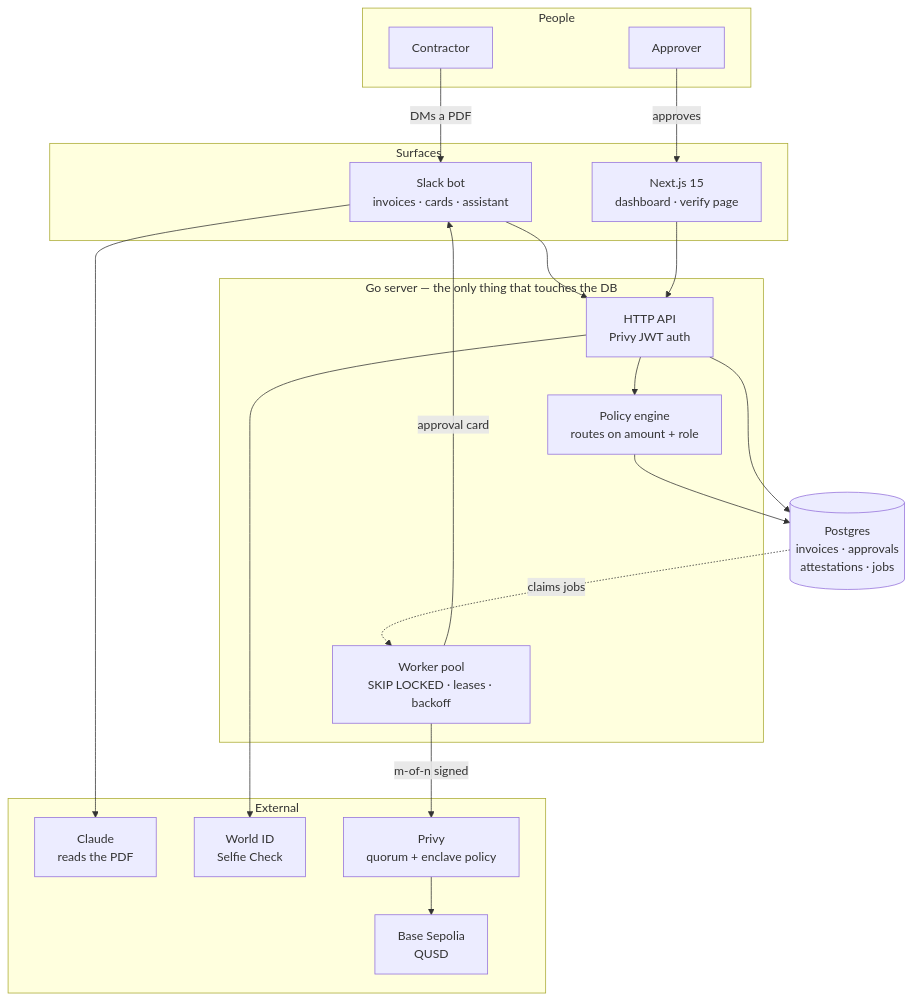
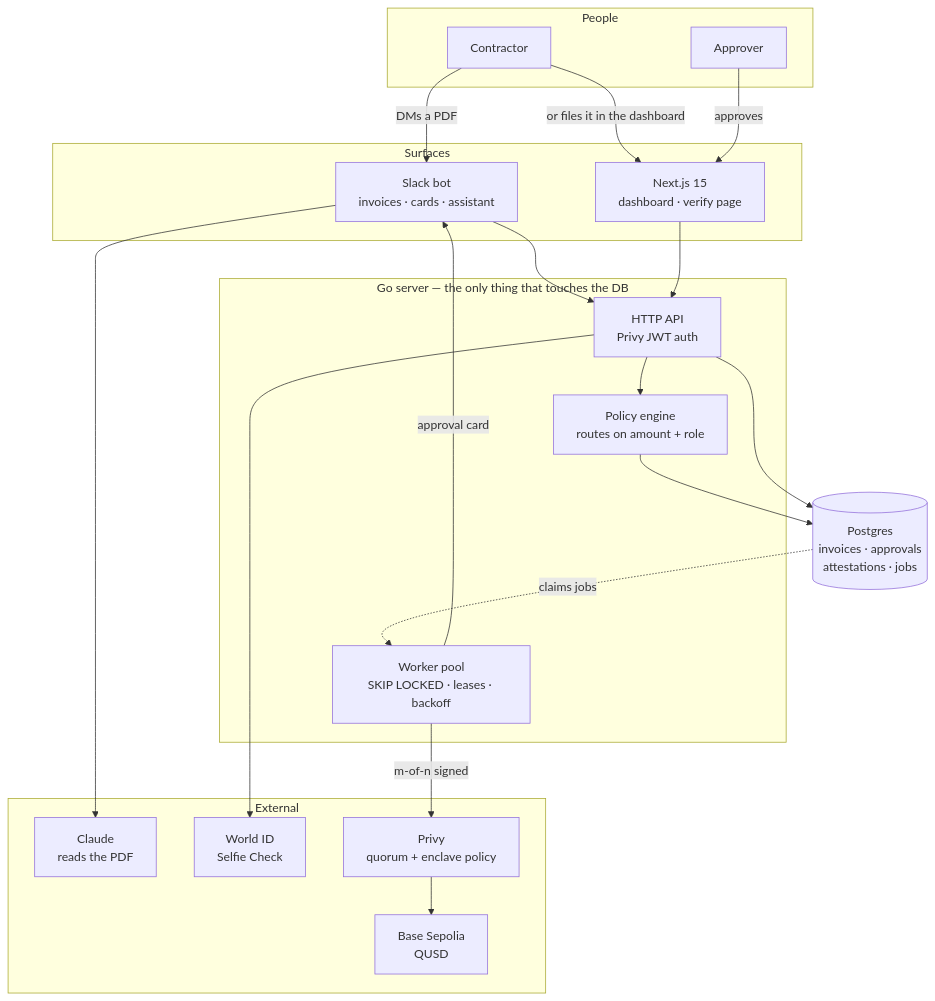
Before and after one commit to Nishu0/quorly: the first of 2 diagrams in README.md, drawn with Mermaid. The commit also changed other lines of this file and 3 other files, not shown here.

````diff
--- a/README.md
+++ b/README.md
@@ -29,41 +30,42 @@
 ```mermaid
 flowchart TB
     subgraph People
         C["Contractor"]
         A["Approver"]
     end
 
     subgraph Surfaces
         S["Slack bot<br/>invoices · cards · assistant"]
         W["Next.js 15<br/>dashboard · verify page"]
     end
 
     subgraph Go["Go server — the only thing that touches the DB"]
         API["HTTP API<br/>Privy JWT auth"]
         POL["Policy engine<br/>routes on amount + role"]
         WRK["Worker pool<br/>SKIP LOCKED · leases · backoff"]
     end
 
     DB[("Postgres<br/>invoices · approvals<br/>attestations · jobs")]
 
     subgraph External
         AI["Claude<br/>reads the PDF"]
         WID["World ID<br/>Selfie Check"]
         PV["Privy<br/>quorum + enclave policy"]
         CH["Base Sepolia<br/>QUSD"]
     end
 
     C -->|"DMs a PDF"| S
+    C -->|"or files it in the dashboard"| W
     S --> AI
     S --> API
     A -->|"approves"| W
     W --> API
     API --> POL
     POL --> DB
     API --> WID
     API --> DB
     DB -.->|"claims jobs"| WRK
     WRK -->|"m-of-n signed"| PV
     PV --> CH
     WRK -->|"approval card"| S
 ```
````
